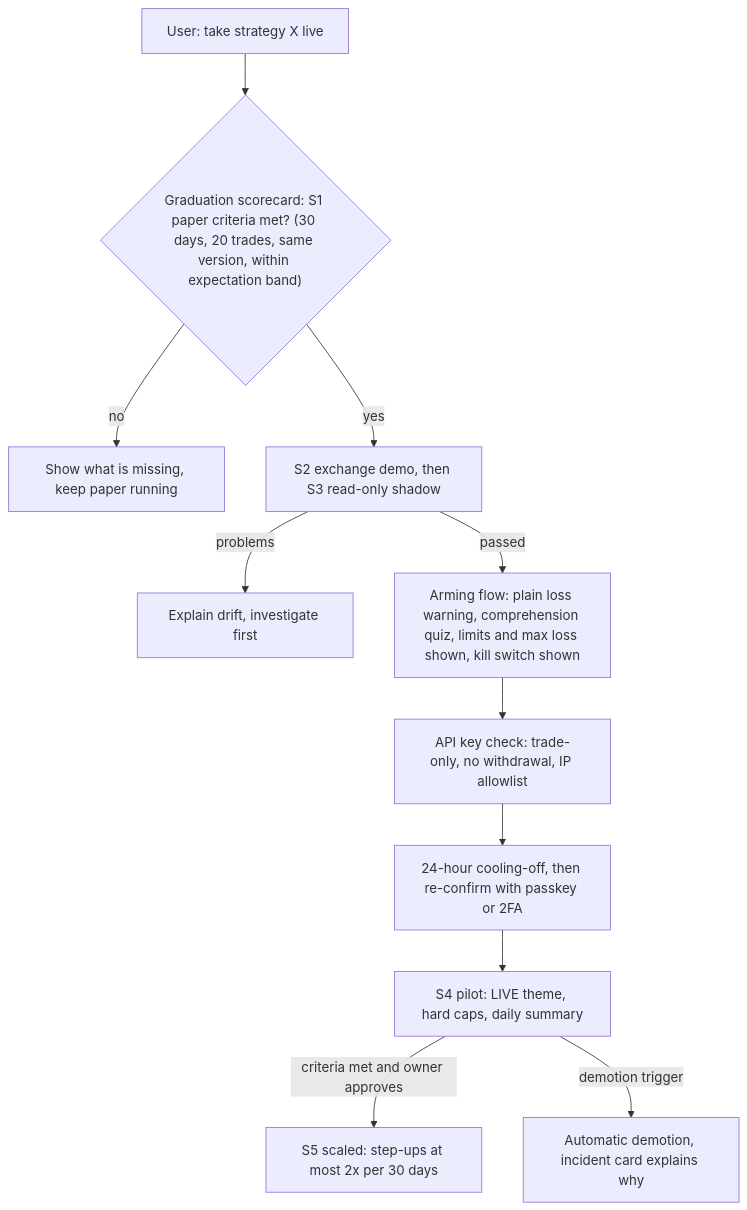
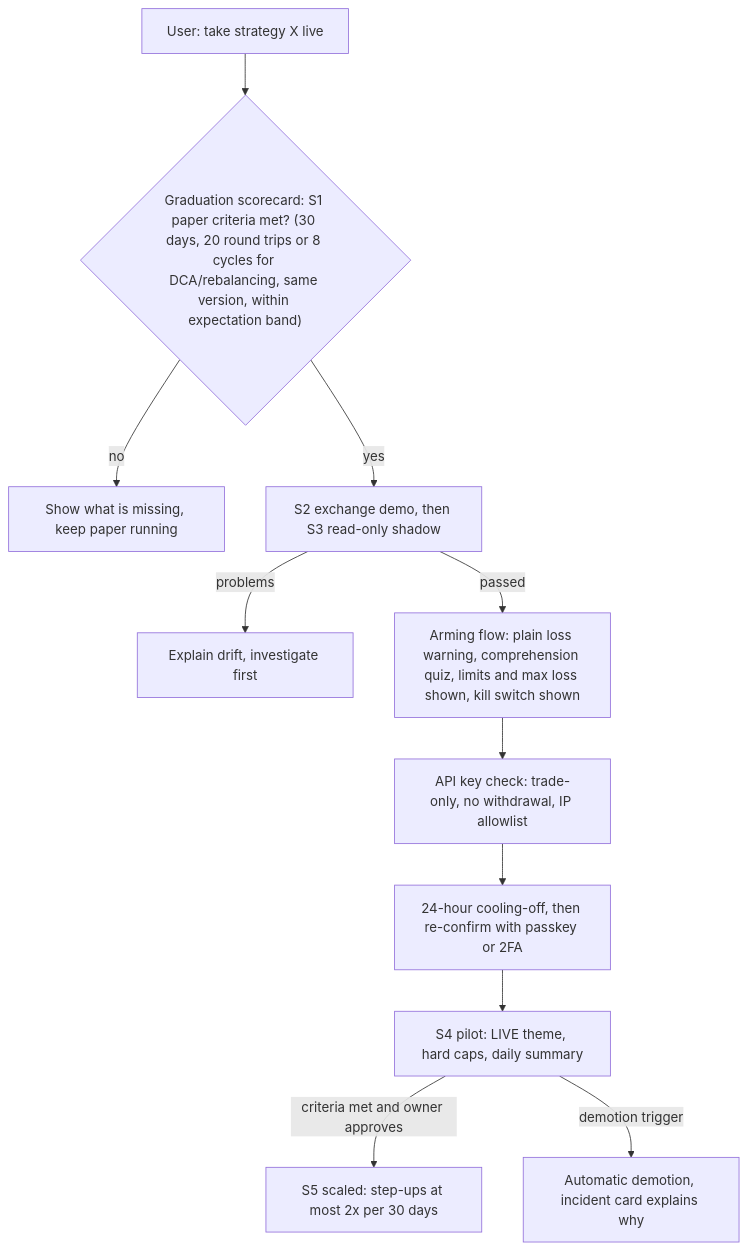
The second of 2 diagrams in docs/planning/07-ux-and-beginner-experience.md (richiesomething/Ubik), drawn with Mermaid before and after one commit. The commit also changed other lines of this file and 6 other files, not shown here.

````diff
--- a/docs/planning/07-ux-and-beginner-experience.md
+++ b/docs/planning/07-ux-and-beginner-experience.md
@@ -112,13 +112,13 @@
 ```mermaid
 flowchart TD
-  S["User: take strategy X live"] --> SC{"Graduation scorecard: S1 paper criteria met? (30 days, 20 trades, same version, within expectation band)"}
+  S["User: take strategy X live"] --> SC{"Graduation scorecard: S1 paper criteria met? (30 days, 20 round trips or 8 cycles for DCA/rebalancing, same version, within expectation band)"}
   SC -->|no| W1["Show what is missing, keep paper running"]
   SC -->|yes| D["S2 exchange demo, then S3 read-only shadow"]
   D -->|problems| W2["Explain drift, investigate first"]
   D -->|passed| Q["Arming flow: plain loss warning, comprehension quiz, limits and max loss shown, kill switch shown"]
   Q --> K["API key check: trade-only, no withdrawal, IP allowlist"]
   K --> C["24-hour cooling-off, then re-confirm with passkey or 2FA"]
   C --> P["S4 pilot: LIVE theme, hard caps, daily summary"]
   P -->|criteria met and owner approves| S5["S5 scaled: step-ups at most 2x per 30 days"]
   P -->|demotion trigger| B["Automatic demotion, incident card explains why"]
 ```
````
